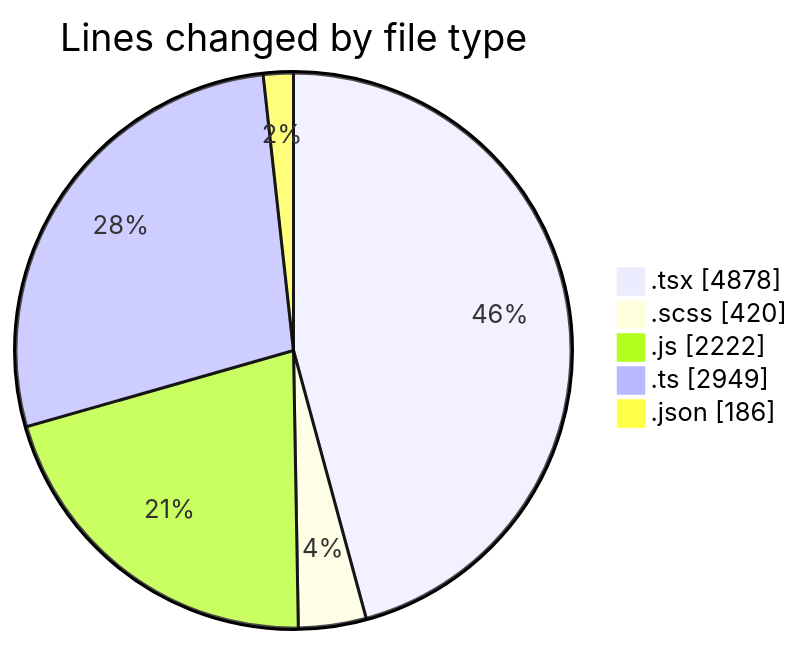
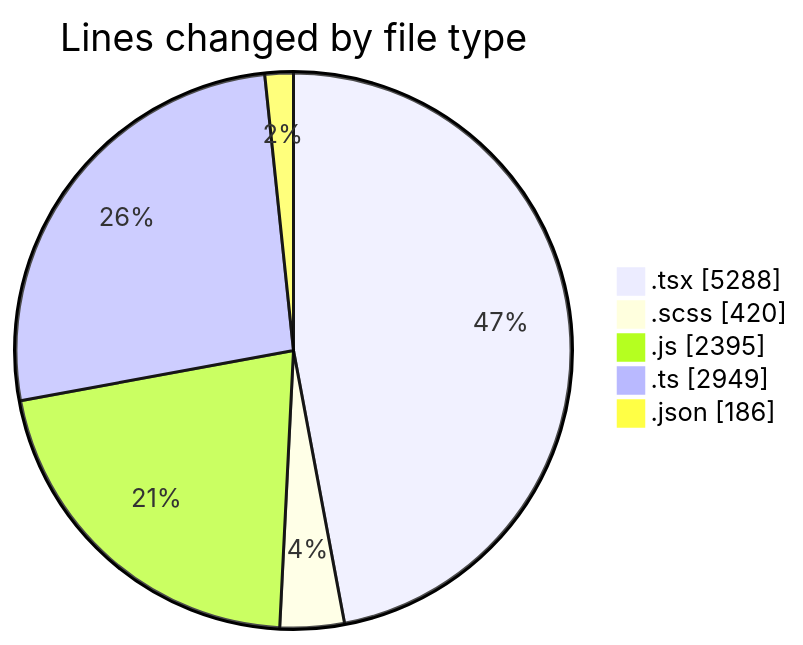
One commit to momahboobian/code-tracking changed the first of 2 diagrams in 2026-06-17/cda/README.md. Above: the diagram before and after it, drawn with Mermaid. The commit also changed other lines of this file and 1 other file, not shown here.

````diff
--- a/2026-06-17/cda/README.md
+++ b/2026-06-17/cda/README.md
@@ -61,9 +61,9 @@
 ```mermaid
 pie showData
 title Lines changed by file type
-".tsx" : 4878
+".tsx" : 5288
 ".scss" : 420
-".js" : 2222
+".js" : 2395
 ".ts" : 2949
 ".json" : 186
 ```
````
